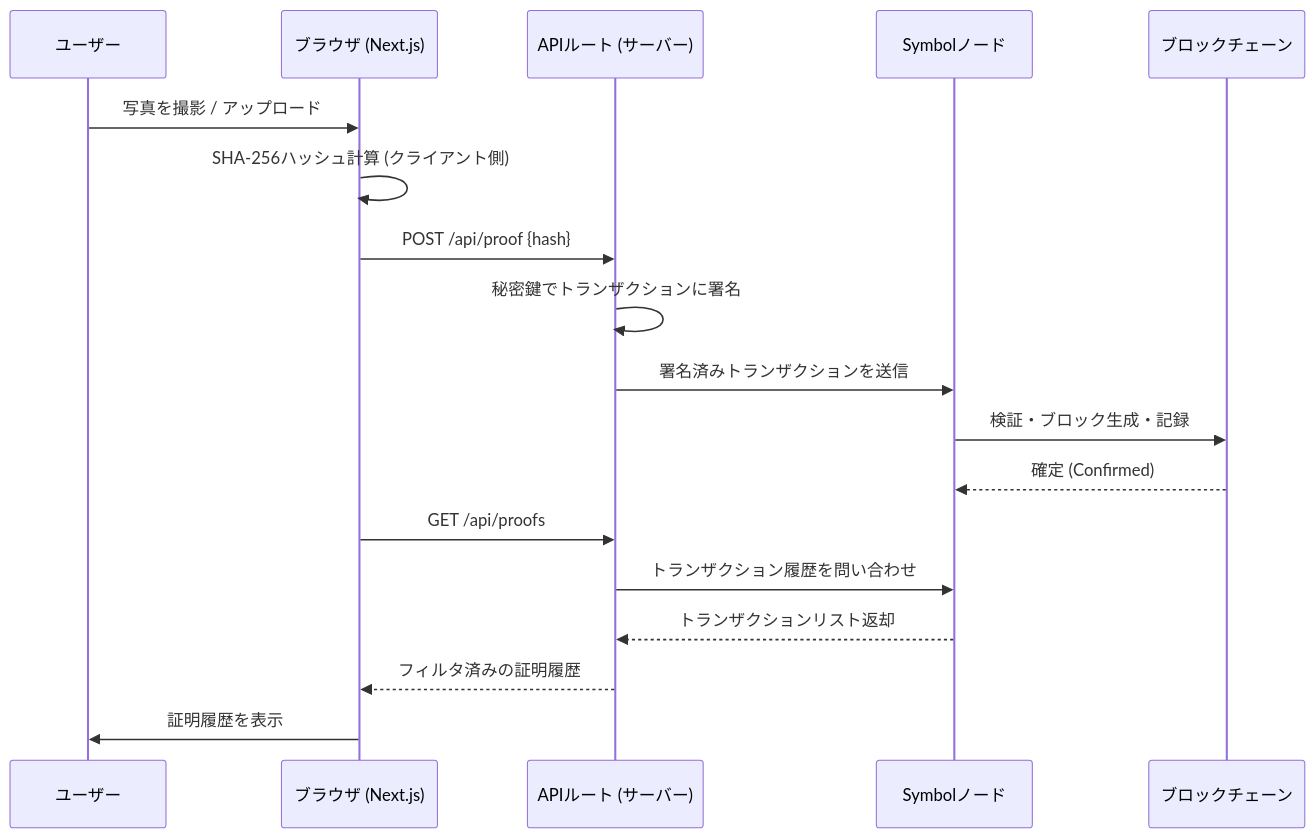
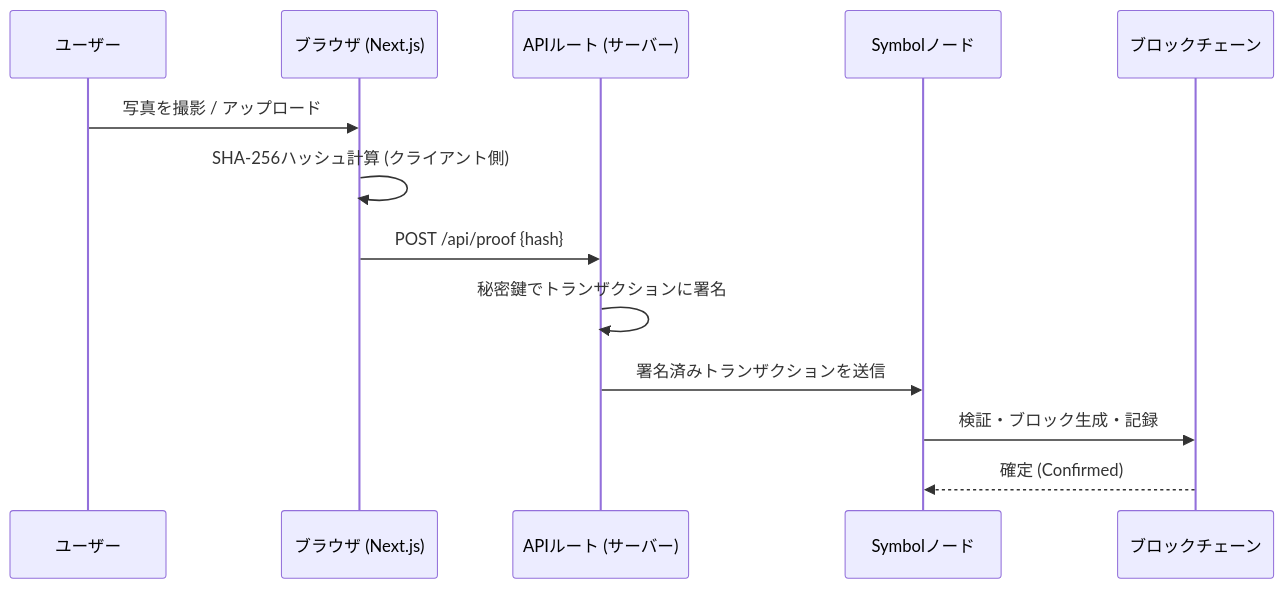
One commit to NarumiKomaba/blockchain-hige changed the first of 2 diagrams in README.md. Above: the diagram before and after it, drawn with Mermaid. The commit also changed other lines of this file, not shown here.

Commit message:
シーケンス図を修正

````diff
--- a/README.md
+++ b/README.md
@@ -27,21 +27,16 @@
 ```mermaid
 sequenceDiagram
     participant User as ユーザー
     participant App as ブラウザ (Next.js)
     participant API as APIルート (サーバー)
     participant Node as Symbolノード
     participant Chain as ブロックチェーン
 
     User->>App: 写真を撮影 / アップロード
     App->>App: SHA-256ハッシュ計算 (クライアント側)
     App->>API: POST /api/proof {hash}
     API->>API: 秘密鍵でトランザクションに署名
     API->>Node: 署名済みトランザクションを送信
     Node->>Chain: 検証・ブロック生成・記録
     Chain-->>Node: 確定 (Confirmed)
-    App->>API: GET /api/proofs
-    API->>Node: トランザクション履歴を問い合わせ
-    Node-->>API: トランザクションリスト返却
-    API-->>App: フィルタ済みの証明履歴
-    App->>User: 証明履歴を表示
 ```
````
